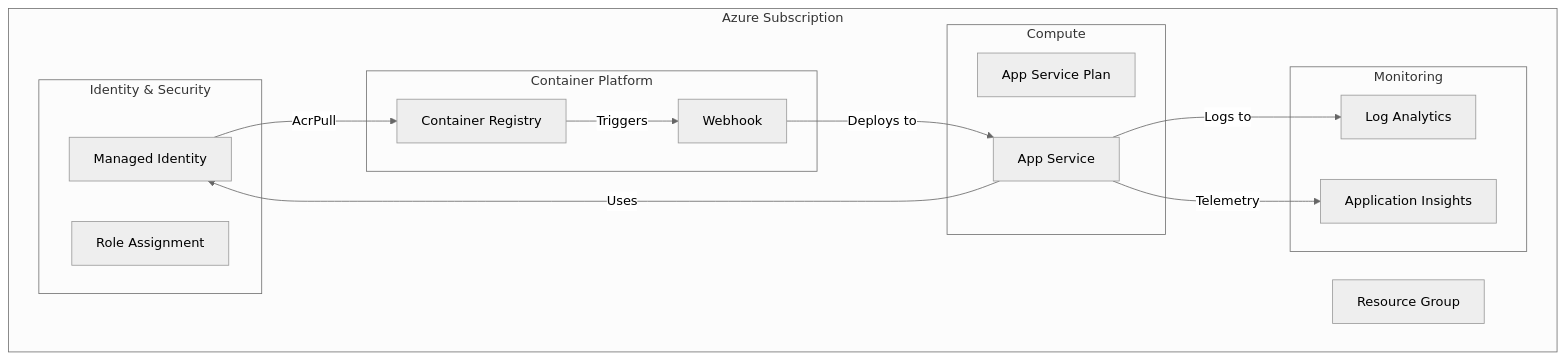
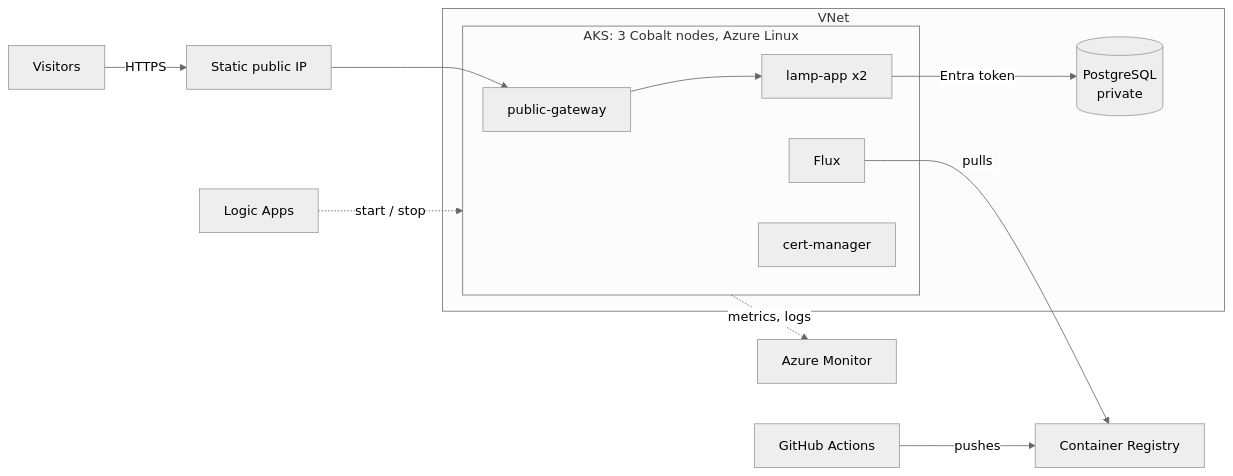
The diagram in infra/README.md (jaredthivener/python-lamp-web-app), drawn with Mermaid (neutral theme) before and after one commit. The commit also changed other lines of this file and 32 other files, not shown here.

First line of the commit message:
Move to AKS: GitOps, passwordless Postgres, three Cobalt nodes on a schedule (#170)

````diff
--- a/infra/README.md
+++ b/infra/README.md
@@ -43,33 +7,18 @@
 ```mermaid
-graph TB
-    subgraph "Azure Subscription"
-        RG[Resource Group]
-        
-        subgraph "Monitoring"
-            LA[Log Analytics]
-            AI[Application Insights]
+graph LR
+    U[Visitors] -->|HTTPS| IP[Static public IP]
+    subgraph VNet
+        subgraph AKS["AKS: 3 Cobalt nodes, Azure Linux"]
+            GW[public-gateway] --> APP[lamp-app x2]
+            FLUX[Flux]
+            CM[cert-manager]
         end
-        
-        subgraph "Identity & Security"
-            MI[Managed Identity]
-            RA[Role Assignment]
-        end
-        
-        subgraph "Container Platform"
-            ACR[Container Registry]
-            WH[Webhook]
-        end
-        
-        subgraph "Compute"
-            ASP[App Service Plan]
-            APP[App Service]
-        end
+        PG[(PostgreSQL<br/>private)]
     end
-    
-    MI -->|AcrPull| ACR
-    APP -->|Uses| MI
-    APP -->|Logs to| LA
-    APP -->|Telemetry| AI
-    ACR -->|Triggers| WH
-    WH -->|Deploys to| APP
+    IP --> GW
+    APP -->|Entra token| PG
+    FLUX -->|pulls| ACR[Container Registry]
+    CI[GitHub Actions] -->|pushes| ACR
+    AKS -.->|metrics, logs| MON[Azure Monitor]
+    SCHED[Logic Apps] -.->|start / stop| AKS
 ```
````
